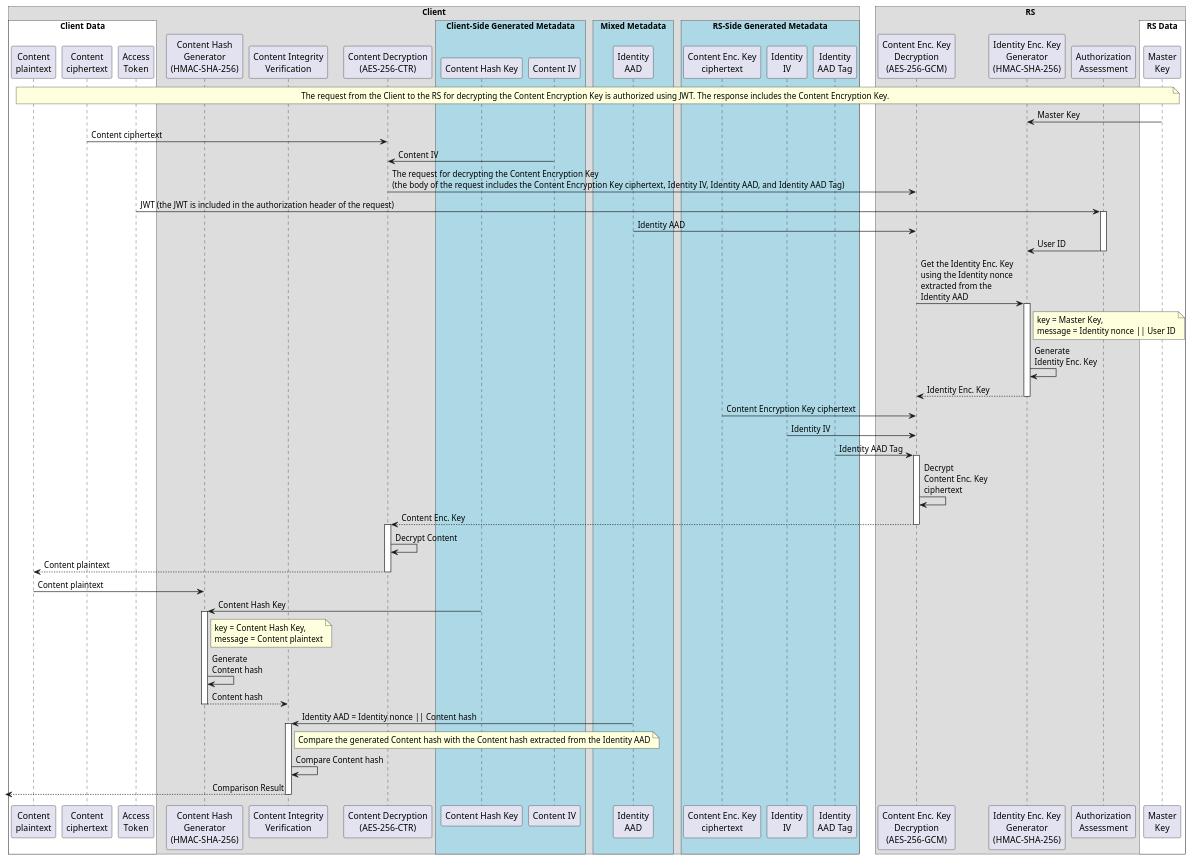
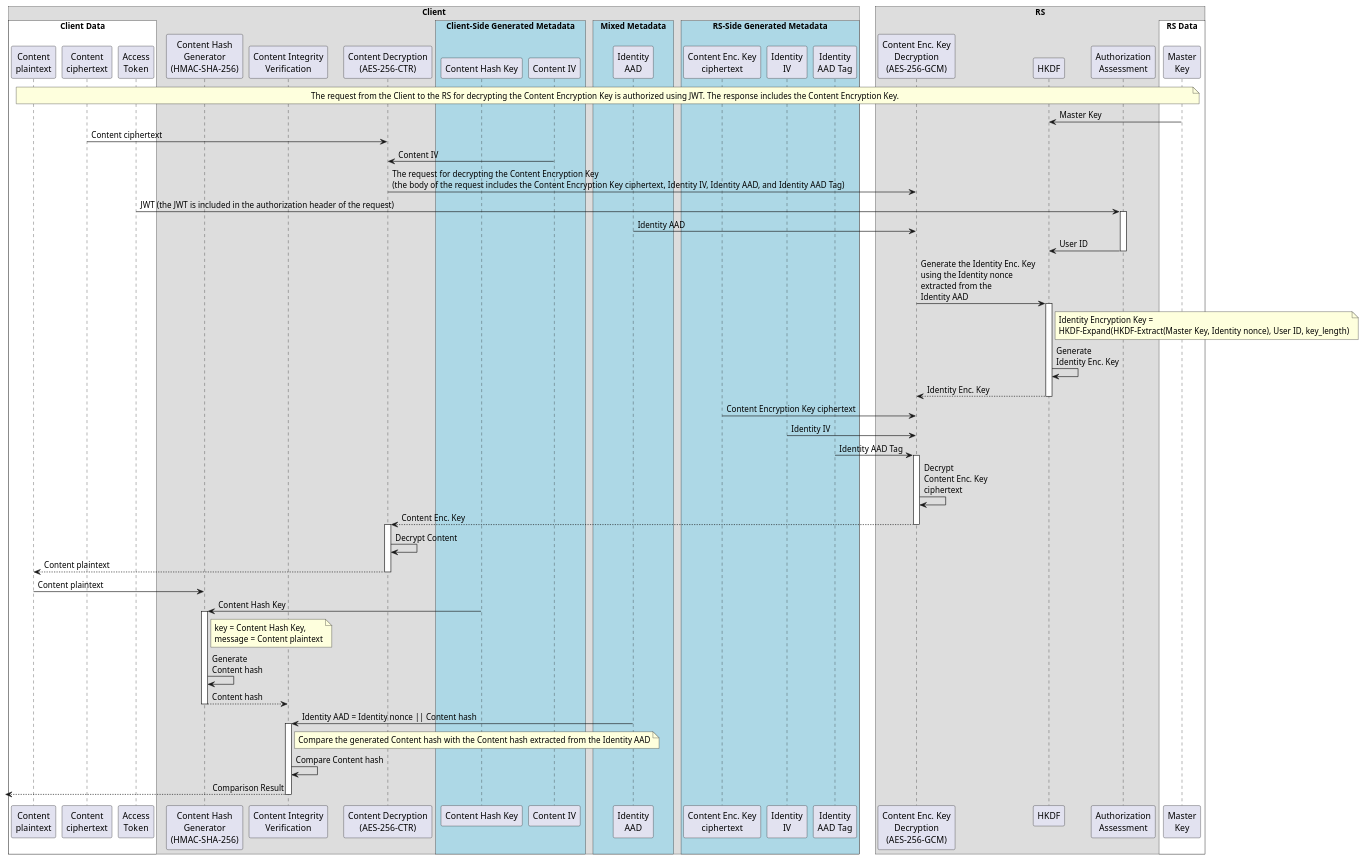
Before and after one commit to umalabs/ibe: the second of 2 diagrams in docs/CRYPTOGRAPHY.md, drawn with PlantUML. The commit also changed other lines of this file and 2 other files, not shown here.

```diff
--- a/docs/CRYPTOGRAPHY.md
+++ b/docs/CRYPTOGRAPHY.md
@@ -211,7 +211,7 @@
 participant "Content IV" as ContentIVMetadata
 
 ' --- RS ---
-participant "Identity Enc. Key\nGenerator\n(HMAC-SHA-256)" as IdentityEncKeyGen
+participant "HKDF" as HKDF
 participant "Content Enc. Key\nDecryption\n(AES-256-GCM)" as ContentEncKeyDecryption
 participant "Authorization\nAssessment" as AuthorizationAssessment
 
@@ -255,7 +255,7 @@
 
 box "RS"
     participant ContentEncKeyDecryption
-    participant IdentityEncKeyGen
+    participant HKDF
     participant AuthorizationAssessment
 
     box "RS Data" #White
@@ -265,7 +265,7 @@
 
 note across: The request from the Client to the RS for decrypting the Content Encryption Key is authorized using JWT. The response includes the Content Encryption Key.
 
-Masterkey -> IdentityEncKeyGen: Master Key
+Masterkey -> HKDF: Master Key
 
 ' --- Content ciphertext decryption ---
 ContentCiphertext -> ContentDecryption: Content ciphertext
@@ -277,14 +277,14 @@
 activate AuthorizationAssessment
 ' --- Content Encryption Key decryption ---
 IdentityAADMetadata -> ContentEncKeyDecryption: Identity AAD
-AuthorizationAssessment-> IdentityEncKeyGen: User ID
+AuthorizationAssessment-> HKDF: User ID
 deactivate AuthorizationAssessment
-ContentEncKeyDecryption -> IdentityEncKeyGen: Get the Identity Enc. Key\nusing the Identity nonce\nextracted from the\nIdentity AAD
-activate IdentityEncKeyGen
-note right of IdentityEncKeyGen: key = Master Key,\nmessage = Identity nonce || User ID
-IdentityEncKeyGen -> IdentityEncKeyGen: Generate\nIdentity Enc. Key
-IdentityEncKeyGen --> ContentEncKeyDecryption: Identity Enc. Key
-deactivate IdentityEncKeyGen
+ContentEncKeyDecryption -> HKDF: Generate the Identity Enc. Key\nusing the Identity nonce\nextracted from the\nIdentity AAD
+activate HKDF
+note right of HKDF: Identity Encryption Key =\nHKDF-Expand(HKDF-Extract(Master Key, Identity nonce), User ID, key_length)
+HKDF -> HKDF: Generate\nIdentity Enc. Key
+HKDF --> ContentEncKeyDecryption: Identity Enc. Key
+deactivate HKDF
 ContentEncKeyCiphertextMetadata -> ContentEncKeyDecryption: Content Encryption Key ciphertext
 IdentityIVMetadata -> ContentEncKeyDecryption: Identity IV
 IdentityAADTagMetadata -> ContentEncKeyDecryption: Identity AAD Tag
```
